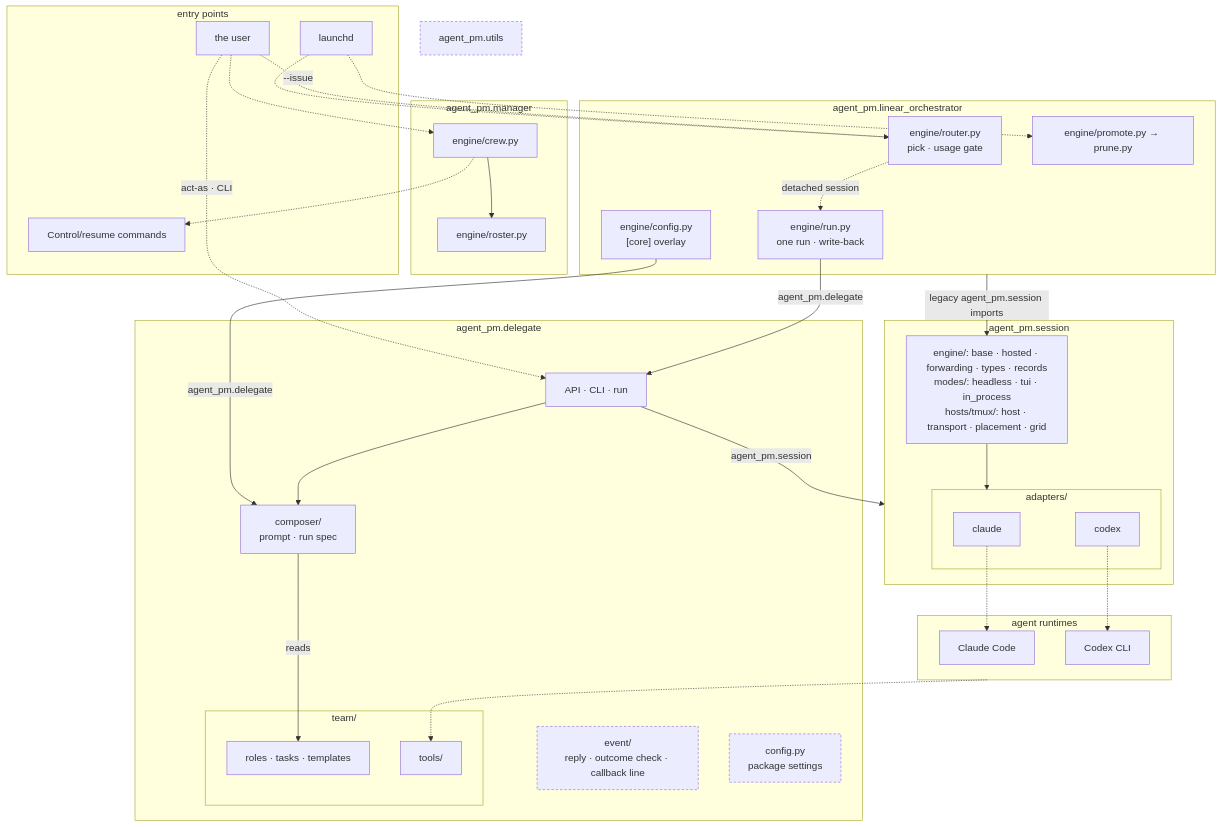
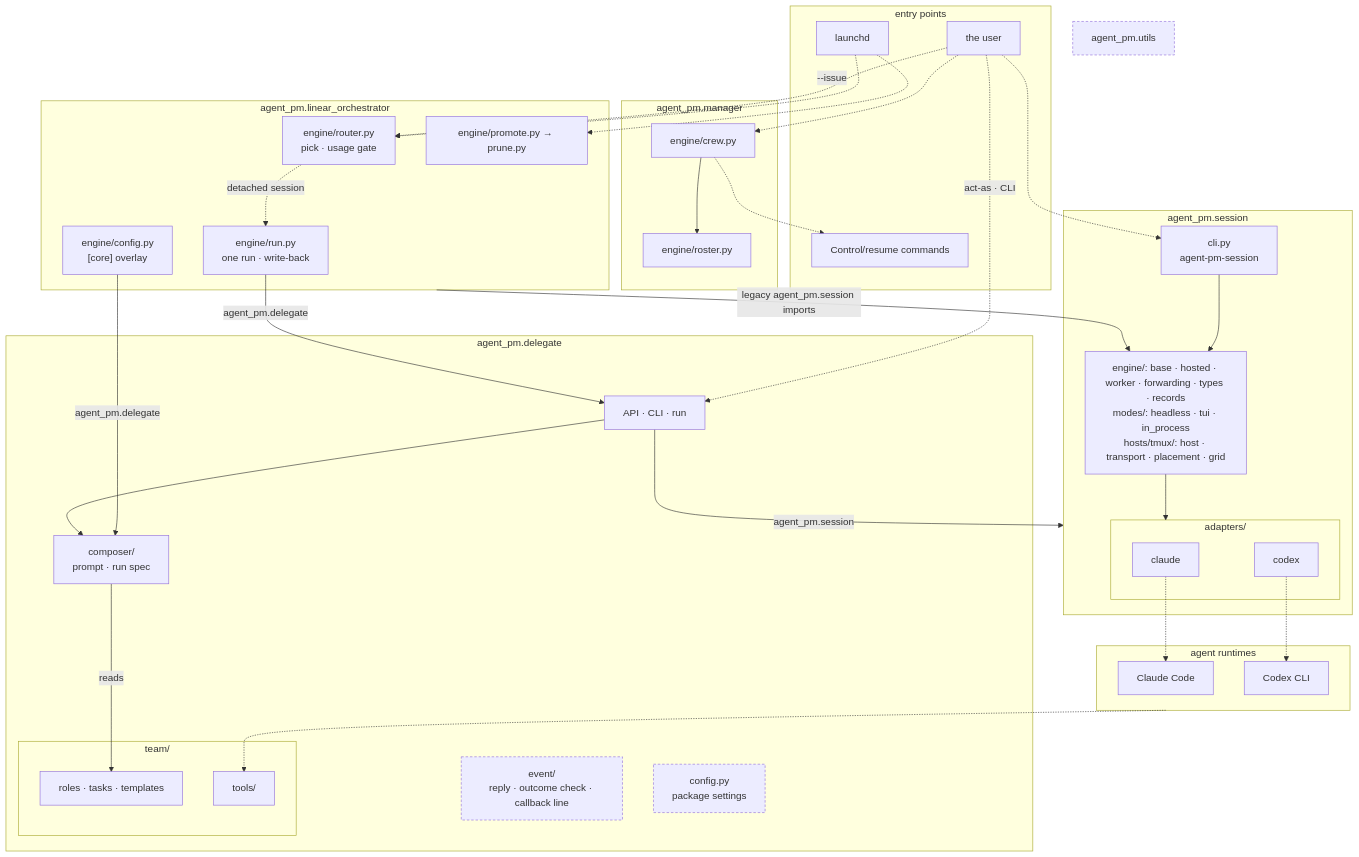
Before and after one commit to ophis/agent-pm: the second of 4 diagrams in README.md, drawn with Mermaid. The commit also changed other lines of this file and 60 other files, not shown here.

First line of the commit message:
TASK-369: re-architecture 356-9: agent-pm-session CLI worker.json 移到 session 层 (#223)

````diff
--- a/README.md
+++ b/README.md
@@ -18,57 +18,60 @@
 ```mermaid
 flowchart TB
   subgraph EN[entry points]
     LD[launchd]
     HU[the user]
     CC[Control/resume commands]
   end
   subgraph MG[agent_pm.manager]
     W["engine/crew.py"] --> RS["engine/roster.py"]
   end
   subgraph LO[agent_pm.linear_orchestrator]
     R["engine/router.py<br>pick · usage gate"]
     RU["engine/run.py<br>one run · write-back"]
     PP["engine/promote.py → prune.py"]
     LC["engine/config.py<br>[core] overlay"]
   end
   subgraph DL[agent_pm.delegate]
     D["API · CLI · run"]
     C["composer/<br>prompt · run spec"]
     EV["event/<br>reply · outcome check · callback line"]
     CF["config.py<br>package settings"]
     subgraph TM[team/]
       T["roles · tasks · templates"]
       AT[tools/]
     end
   end
   subgraph SE[agent_pm.session]
-    DR["engine/: base · hosted · forwarding · types · records<br>modes/: headless · tui · in_process<br>hosts/tmux/: host · transport · placement · grid"]
+    SC["cli.py<br>agent-pm-session"]
+    DR["engine/: base · hosted · worker · forwarding · types · records<br>modes/: headless · tui · in_process<br>hosts/tmux/: host · transport · placement · grid"]
     subgraph AD[adapters/]
       CL[claude]
       CX[codex]
     end
   end
   U[agent_pm.utils]
   subgraph RT[agent runtimes]
     P1[Claude Code]
     P2[Codex CLI]
   end
   LD -.-> R & PP
   HU -.->|"--issue"| R
   HU -.->|"act-as · CLI"| D
   HU -.-> W
+  HU -.-> SC
+  SC --> DR
   R -.->|detached session| RU
   RU -->|agent_pm.delegate| D
   LC -->|agent_pm.delegate| C
   LO -->|"legacy agent_pm.session imports"| DR
   W -.-> CC
   D --> C
   D -->|agent_pm.session| SE
   C -->|reads| T
   DR --> AD
   CL -.-> P1
   CX -.-> P2
   RT -.-> AT
   classDef shared stroke-dasharray: 4 3
   class EV,U,CF shared
 ```
````
